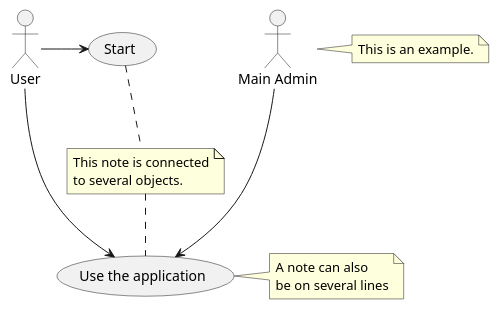
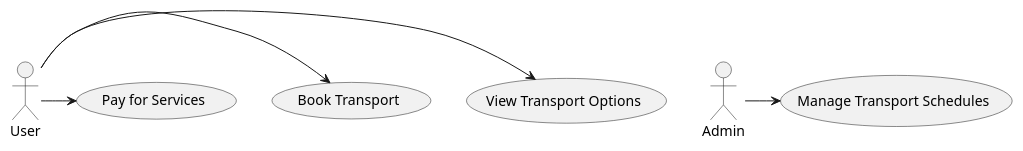
Before and after one commit to nurSamcea/leisure_its: the diagram in uml/schemaUseCase.puml, drawn with PlantUML. The commit also changed 18 other files, not shown here.

```diff
--- a/uml/schemaUseCase.puml
+++ b/uml/schemaUseCase.puml
@@ -1,22 +1,21 @@
 @startuml
 'https://plantuml.com/use-case-diagram
 
-:Main Admin: as Admin
-(Use the application) as (Use)
+actor User
+actor Admin
 
-User -> (Start)
-User --> (Use)
+User -> (View Transport Options)
+User -> (Book Transport)
+User -> (Pay for Services)
+'User -> (Receive Real-Time Information)
+'User -> (Provide Feedback)
+'User -> (View Promotions and Discounts)
+'User -> (Contact Emergency Services)
 
-Admin ---> (Use)
+Admin -> (Manage Transport Schedules)
+'Admin -> (Update Real-Time Information)
+'Admin -> (Monitor System Performance)
+'Admin -> (Manage User Feedback)
+'Admin -> (Manage Promotions and Discounts)
 
-note right of Admin : This is an example.
-
-note right of (Use)
-A note can also
-be on several lines
-end note
-
-note "This note is connected\nto several objects." as N2
-(Start) .. N2
-N2 .. (Use)
 @enduml
```
